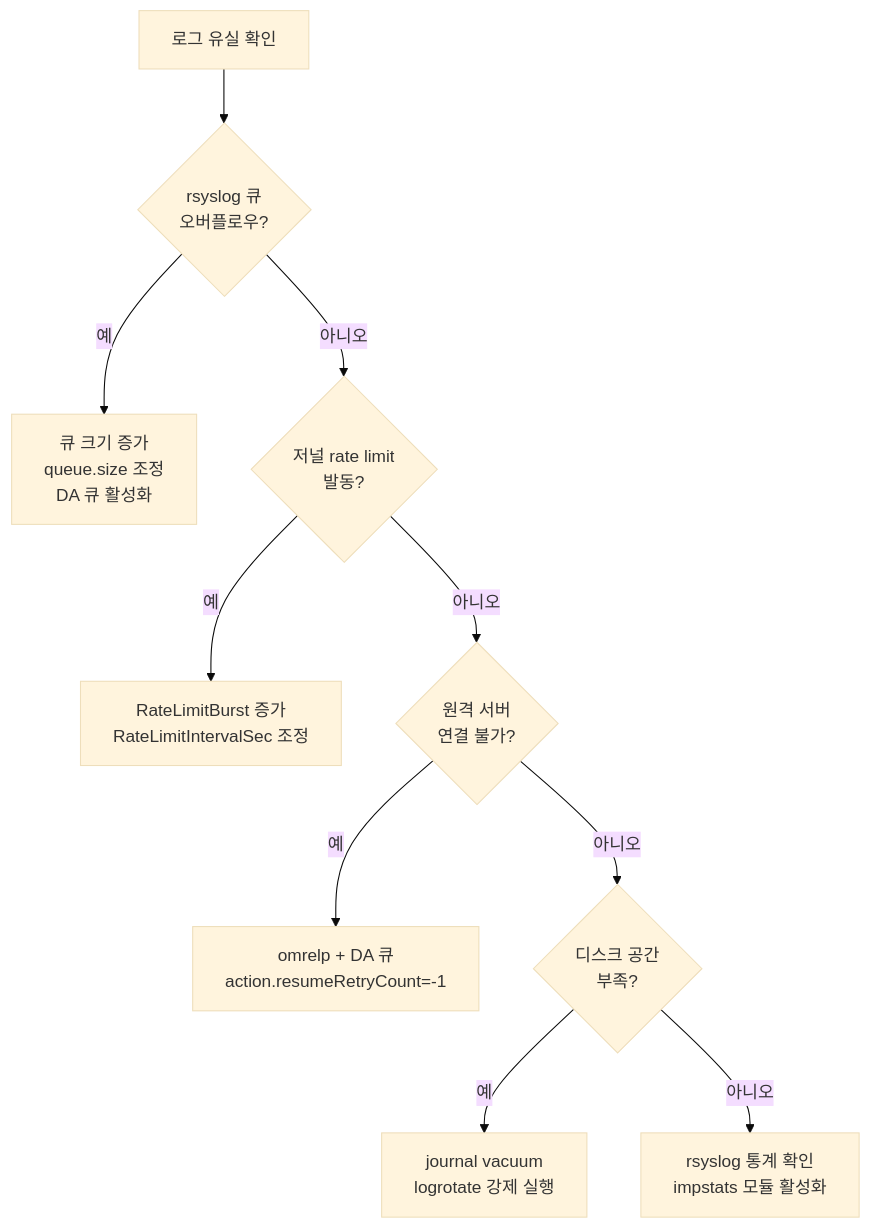
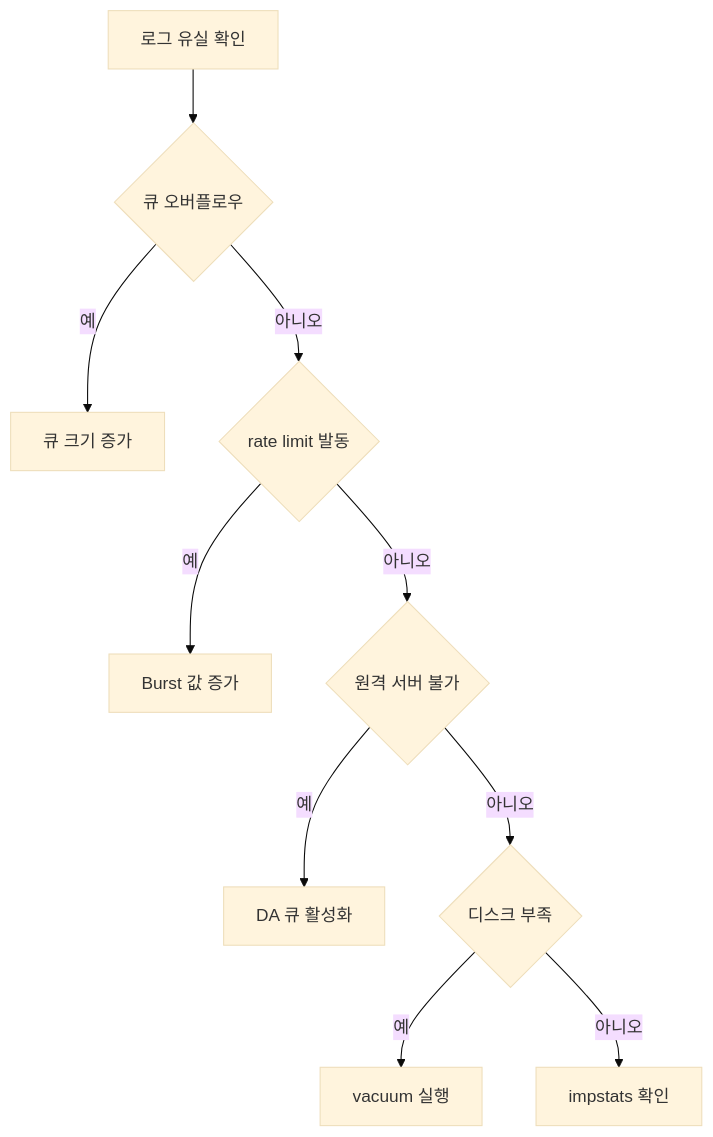
One commit to moonblueblue/devops-wiki changed the eighth of 8 diagrams in content/linux/logging/system-logging.md. Above: the diagram before and after it, drawn with Mermaid (base theme). The commit also changed other lines of this file and 12 other files, not shown here.

First line of the commit message:
style: linux 섹션 전체 ASCII art 제거 및 Mermaid 규칙 적용

````diff
--- a/content/linux/logging/system-logging.md
+++ b/content/linux/logging/system-logging.md
@@ -808,13 +818,13 @@
 ```mermaid
 flowchart TD
-    LOSS["로그 유실 확인"]
-    LOSS --> Q1{"rsyslog 큐\n오버플로우?"}
-    Q1 -- 예 --> FIX1["큐 크기 증가\nqueue.size 조정\nDA 큐 활성화"]
-    Q1 -- 아니오 --> Q2{"저널 rate limit\n발동?"}
-    Q2 -- 예 --> FIX2["RateLimitBurst 증가\nRateLimitIntervalSec 조정"]
-    Q2 -- 아니오 --> Q3{"원격 서버\n연결 불가?"}
-    Q3 -- 예 --> FIX3["omrelp + DA 큐\naction.resumeRetryCount=-1"]
-    Q3 -- 아니오 --> Q4{"디스크 공간\n부족?"}
-    Q4 -- 예 --> FIX4["journal vacuum\nlogrotate 강제 실행"]
-    Q4 -- 아니오 --> FIX5["rsyslog 통계 확인\nimpstats 모듈 활성화"]
+    LOSS[로그 유실 확인]
+    LOSS --> Q1{큐 오버플로우}
+    Q1 -- 예 --> FIX1[큐 크기 증가]
+    Q1 -- 아니오 --> Q2{rate limit 발동}
+    Q2 -- 예 --> FIX2[Burst 값 증가]
+    Q2 -- 아니오 --> Q3{원격 서버 불가}
+    Q3 -- 예 --> FIX3[DA 큐 활성화]
+    Q3 -- 아니오 --> Q4{디스크 부족}
+    Q4 -- 예 --> FIX4[vacuum 실행]
+    Q4 -- 아니오 --> FIX5[impstats 확인]
 ```
````
